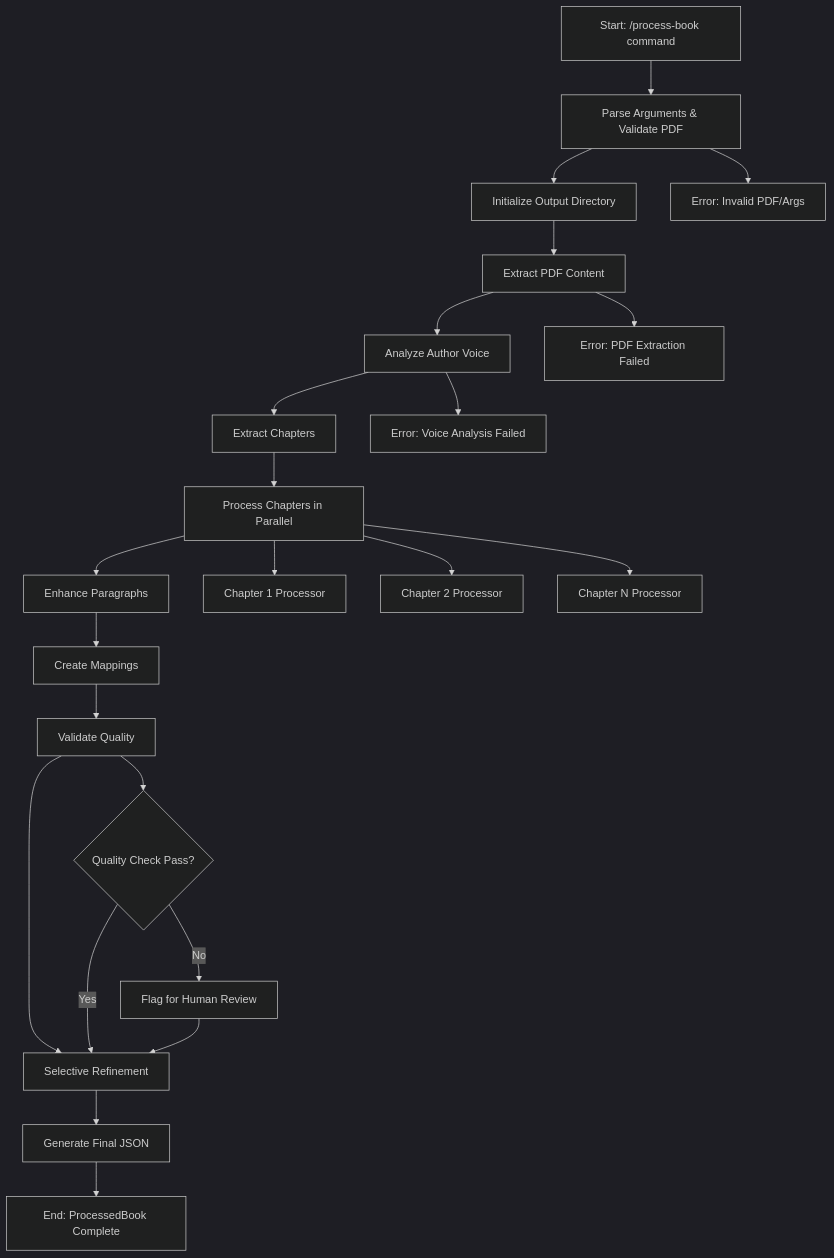
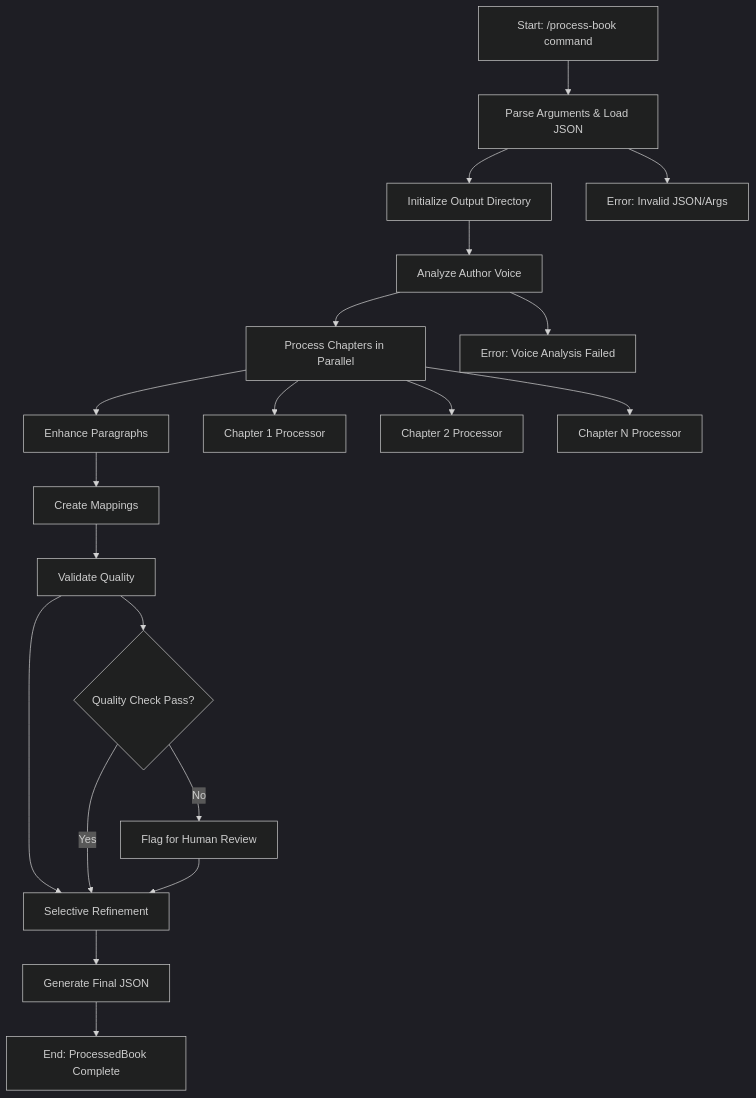
Before and after one commit to marcyvdm/book-rewrite: the diagram in process-book-workflow.md, drawn with Mermaid (dark theme). The commit also changed other lines of this file and 793 other files, not shown here.

````diff
--- a/process-book-workflow.md
+++ b/process-book-workflow.md
@@ -5,31 +5,28 @@
 ```mermaid
 graph TD
-    A[Start: /process-book command] --> B[Parse Arguments & Validate PDF]
+    A[Start: /process-book command] --> B[Parse Arguments & Load JSON]
     B --> C[Initialize Output Directory]
-    C --> D[Extract PDF Content]
-    D --> E[Analyze Author Voice]
-    E --> F[Extract Chapters]
-    F --> G[Process Chapters in Parallel]
+    C --> E[Analyze Author Voice]
+    E --> G[Process Chapters in Parallel]
     G --> H[Enhance Paragraphs]
     H --> I[Create Mappings]
     I --> J[Validate Quality]
     J --> K[Selective Refinement]
     K --> L[Generate Final JSON]
     L --> M[End: ProcessedBook Complete]
     
     %% Error Handling
-    B --> N[Error: Invalid PDF/Args]
-    D --> O[Error: PDF Extraction Failed]
+    B --> N[Error: Invalid JSON/Args]
     E --> P[Error: Voice Analysis Failed]
     
     %% Parallel Processing
     G --> G1[Chapter 1 Processor]
     G --> G2[Chapter 2 Processor]
     G --> G3[Chapter N Processor]
     
     %% Quality Gates
     J --> Q{Quality Check Pass?}
     Q -->|Yes| K
     Q -->|No| R[Flag for Human Review]
     R --> K
 ```
````
